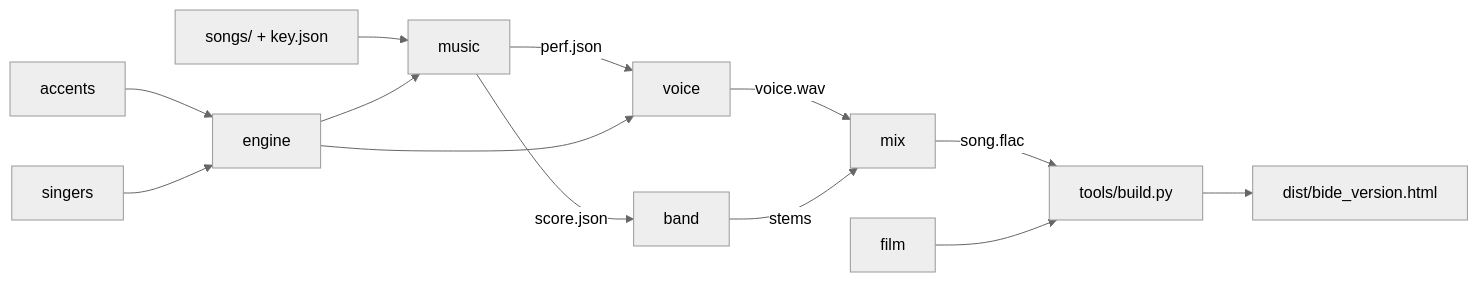
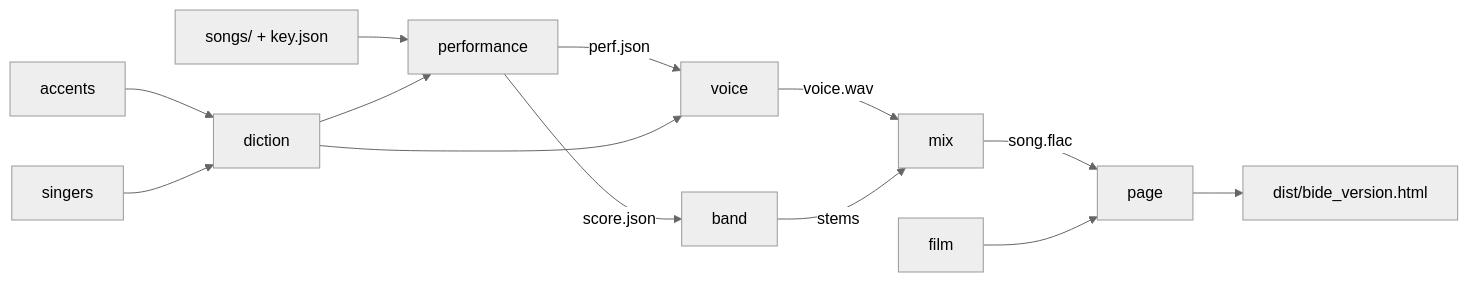
Before and after one commit to angloc/concert: the first of 2 diagrams in docs/knowledge/architecture.md, drawn with Mermaid (neutral theme). The commit also changed other lines of this file and 89 other files, not shown here.

````diff
--- a/docs/knowledge/architecture.md
+++ b/docs/knowledge/architecture.md
@@ -17,15 +17,15 @@
 ```mermaid
 flowchart LR
-  song[songs/ + key.json] --> music
-  accents --> engine
-  singers --> engine
-  engine --> music
-  music -->|perf.json| voice
-  music -->|score.json| band
-  engine --> voice
+  song[songs/ + key.json] --> performance
+  accents --> diction
+  singers --> diction
+  diction --> performance
+  performance -->|perf.json| voice
+  performance -->|score.json| band
+  diction --> voice
   voice -->|voice.wav| mix
   band -->|stems| mix
-  mix -->|song.flac| build[tools/build.py]
-  film --> build
-  build --> page[dist/bide_version.html]
+  mix -->|song.flac| page
+  film --> page
+  page --> html[dist/bide_version.html]
 ```
````
